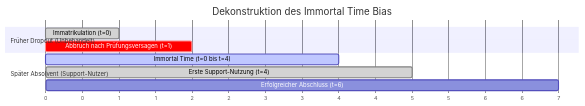
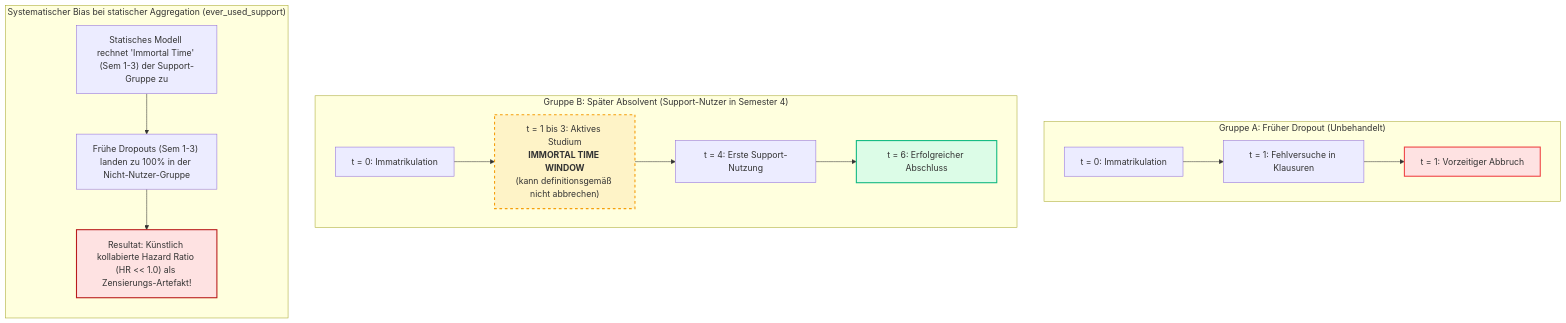
Before and after one commit to mAInbrAIn-wk/DeepHSSurvial: the fourth of 6 diagrams in docs/04_causal_and_simulation/datenarchitektur_und_eda_v4.md, drawn with Mermaid. The commit also changed other lines of this file and 4 other files, not shown here.

Commit message:
fix(eda): use original plotly sunburst code, add exam simulation mechanics, feedback loops and fix mermaid gantt syntax

````diff
--- a/docs/04_causal_and_simulation/datenarchitektur_und_eda_v4.md
+++ b/docs/04_causal_and_simulation/datenarchitektur_und_eda_v4.md
@@ -393,15 +433,26 @@
 ```mermaid
-gantt
-    title Dekonstruktion des Immortal Time Bias
-    dateFormat  X
-    axisFormat %s
+flowchart TD
+    subgraph S1["Gruppe A: Früher Dropout (Unbehandelt)"]
+        direction LR
+        A1["t = 0: Immatrikulation"] --> A2["t = 1: Fehlversuche in Klausuren"] --> A3["t = 1: Vorzeitiger Abbruch"]
+        style A3 fill:#fee2e2,stroke:#ef4444,stroke-width:2px
+    end
 
-    section Früher Dropout (Unbehandelt)
-    Immatrikulation (t=0) :done, d1, 0, 1
-    Abbruch nach Prüfungsversagen (t=1) :crit, d2, 1, 2
+    subgraph S2["Gruppe B: Später Absolvent (Support-Nutzer in Semester 4)"]
+        direction LR
+        B1["t = 0: Immatrikulation"] --> B2["t = 1 bis 3: Aktives Studium<br><b>IMMORTAL TIME WINDOW</b><br>(kann definitionsgemäß nicht abbrechen)"]
+        B2 --> B3["t = 4: Erste Support-Nutzung"]
+        B3 --> B4["t = 6: Erfolgreicher Abschluss"]
+        style B2 fill:#fef3c7,stroke:#f59e0b,stroke-width:2px,stroke-dasharray: 5 5
+        style B4 fill:#dcfce7,stroke:#10b981,stroke-width:2px
+    end
 
-    section Später Absolvent (Support-Nutzer)
-    Immortal Time (t=0 bis t=4) :active, s1, 0, 4
-    Erste Support-Nutzung (t=4) :done, s2, 4, 5
-    Erfolgreicher Abschluss (t=6) :s3, 5, 7
+    subgraph S3["Systematischer Bias bei statischer Aggregation (ever_used_support)"]
+        direction TB
+        C1["Statisches Modell rechnet 'Immortal Time' (Sem 1-3) der Support-Gruppe zu"]
+        C2["Frühe Dropouts (Sem 1-3) landen zu 100% in der Nicht-Nutzer-Gruppe"]
+        C3["Resultat: Künstlich kollabierte Hazard Ratio (HR << 1.0) als Zensierungs-Artefakt!"]
+        C1 --> C2 --> C3
+        style C3 fill:#fee2e2,stroke:#b91c1c,stroke-width:2px
+    end
 ```
````
